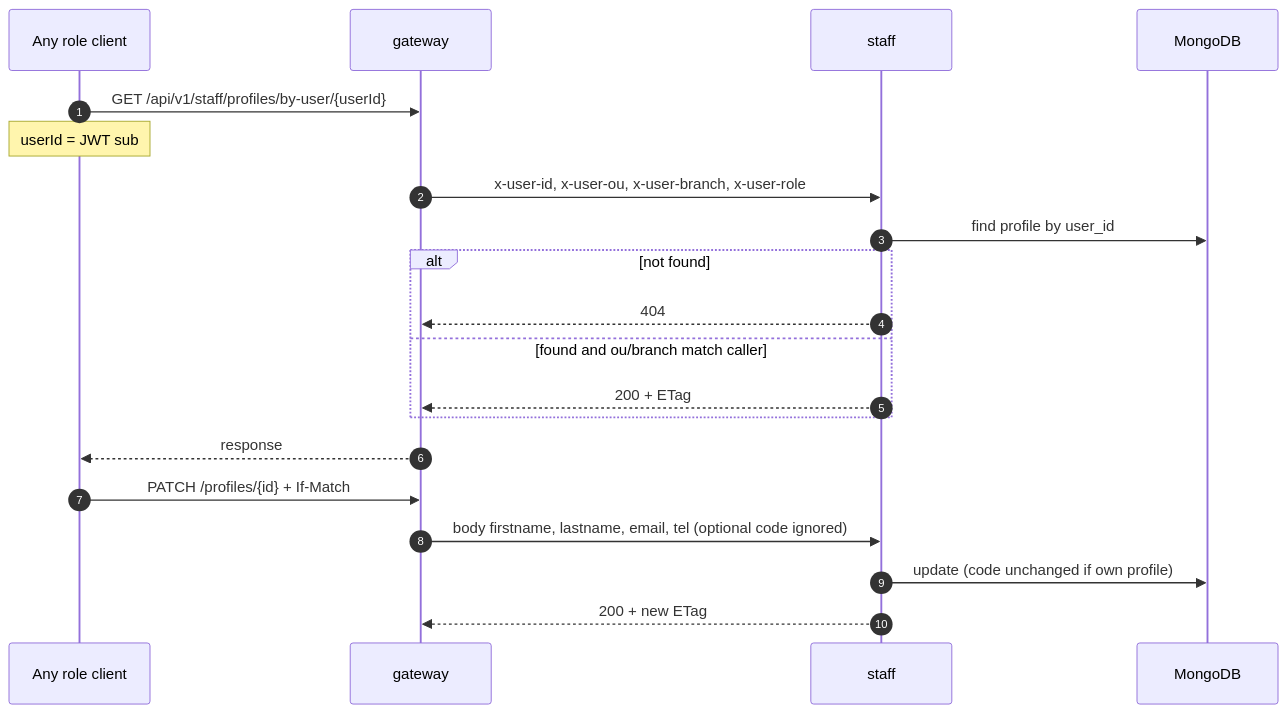
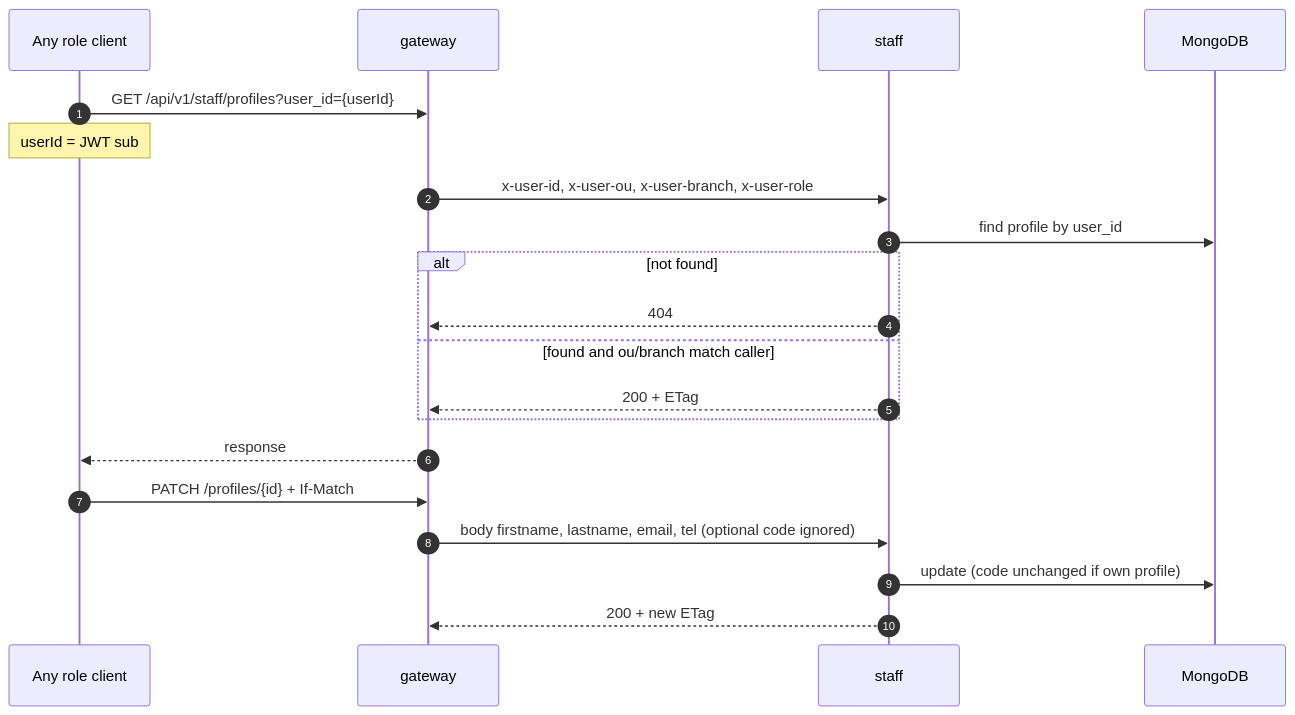
Before and after one commit to santanapol/ai-agent-template: the seventh of 8 diagrams in backend/service/staff/docs/business-domain.md, drawn with Mermaid. The commit also changed other lines of this file and 4 other files, not shown here.

````diff
--- a/backend/service/staff/docs/business-domain.md
+++ b/backend/service/staff/docs/business-domain.md
@@ -309,24 +311,24 @@
 ```mermaid
 sequenceDiagram
   autonumber
   participant User as Any role client
   participant GW as gateway
   participant ST as staff
   participant DB as MongoDB
 
-  User->>GW: GET /api/v1/staff/profiles/by-user/{userId}
+  User->>GW: GET /api/v1/staff/profiles?user_id={userId}
   Note over User: userId = JWT sub
   GW->>ST: x-user-id, x-user-ou, x-user-branch, x-user-role
   ST->>DB: find profile by user_id
   alt not found
     ST-->>GW: 404
   else found and ou/branch match caller
     ST-->>GW: 200 + ETag
   end
   GW-->>User: response
 
   User->>GW: PATCH /profiles/{id} + If-Match
   GW->>ST: body firstname, lastname, email, tel (optional code ignored)
   ST->>DB: update (code unchanged if own profile)
   ST-->>GW: 200 + new ETag
 ```
````
